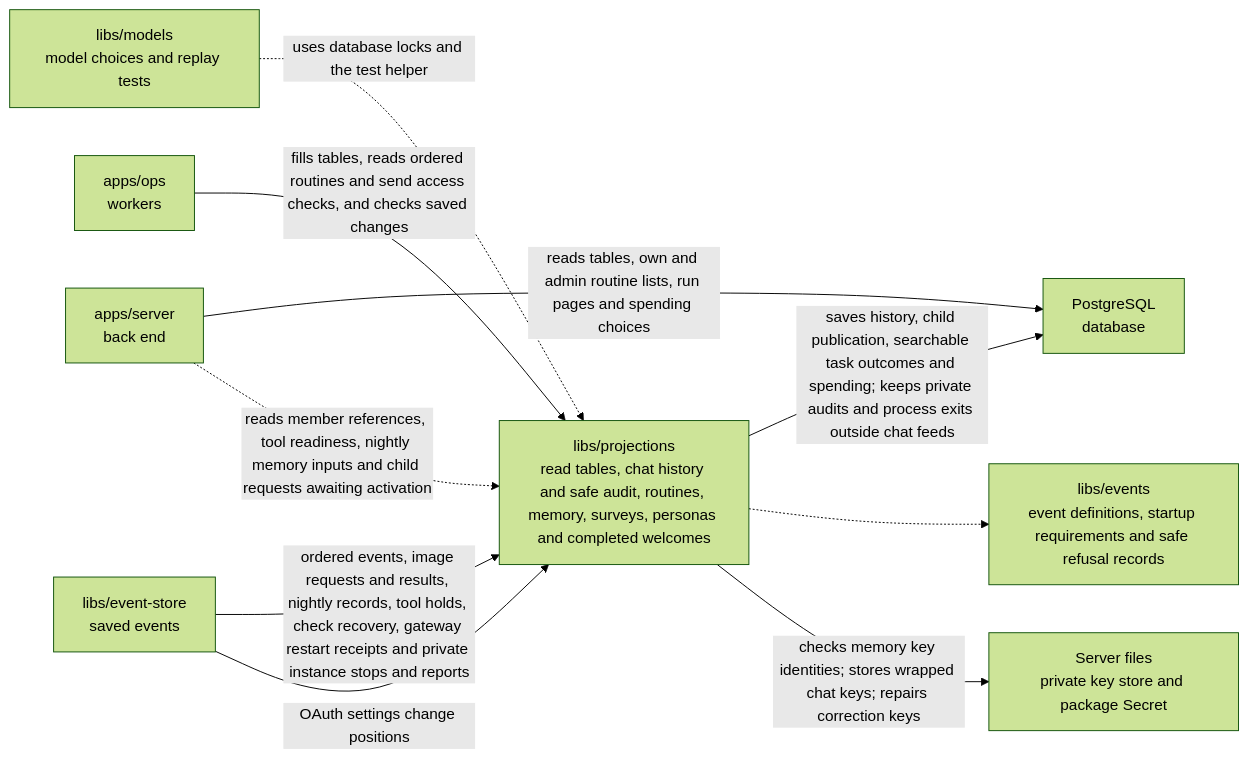
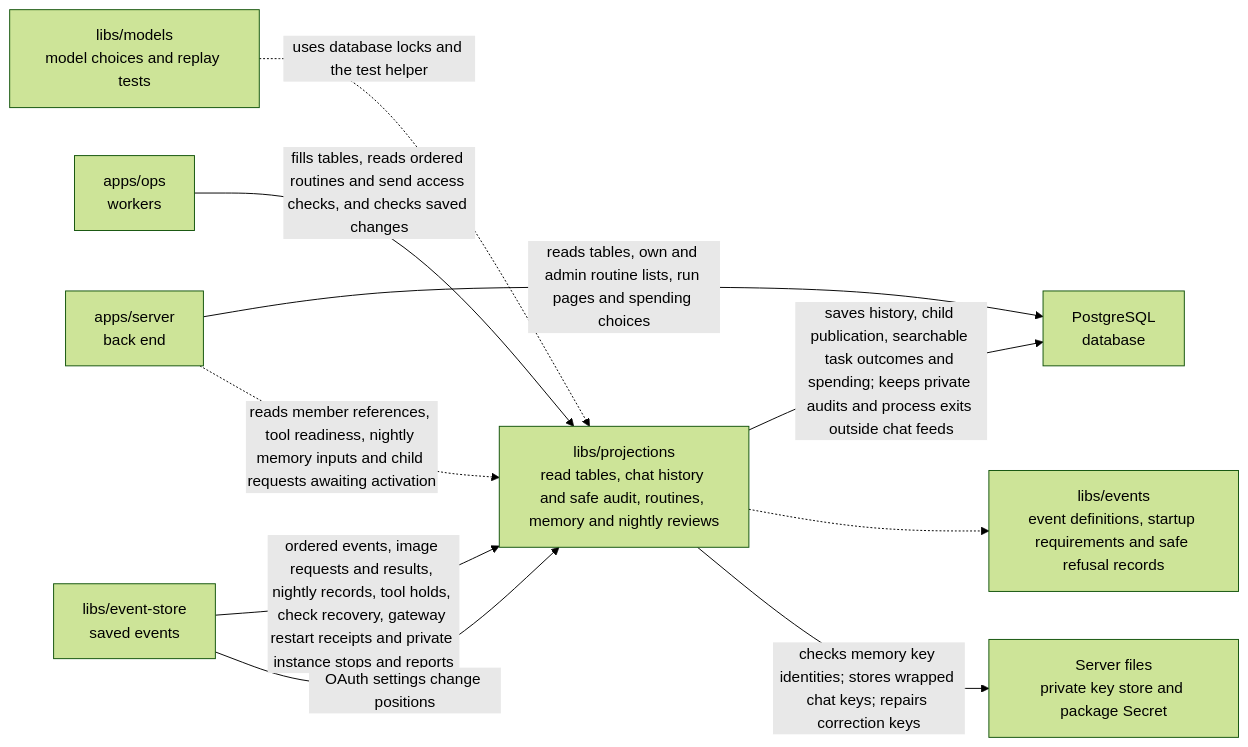
The diagram in libs/projections/README.md (elewa-git/opencrane-new), drawn with Mermaid (forest theme) before and after one commit. The commit also changed other lines of this file and 11 other files, not shown here.

First line of the commit message:
🌙 Owners can read a bounded, private trail of nightly memory maintenance with details (#1024)

````diff
--- a/libs/projections/README.md
+++ b/libs/projections/README.md
@@ -64,12 +68,12 @@
 ```mermaid
 flowchart LR
   models["libs/models<br/>model choices and replay tests"] -.->|uses database locks and the test helper| projections
-  ops["apps/ops<br/>workers"] -->|fills tables, reads ordered routines and send access checks, and checks saved changes| projections["libs/projections<br/>read tables, chat history and safe audit, routines, memory, surveys, personas and completed welcomes"]
+  ops["apps/ops<br/>workers"] -->|fills tables, reads ordered routines and send access checks, and checks saved changes| projections["libs/projections<br/>read tables, chat history and safe audit, routines, memory and nightly reviews"]
   server["apps/server<br/>back end"] -->|reads tables, own and admin routine lists, run pages and spending choices| pg["PostgreSQL<br/>database"]
   projections -->|saves history, child publication, searchable task outcomes and spending; keeps private audits and process exits outside chat feeds| pg
   store["libs/event-store<br/>saved events"] -->|ordered events, image requests and results, nightly records, tool holds, check recovery, gateway restart receipts and private instance stops and reports| projections
   server -.->|reads member references, tool readiness, nightly memory inputs and child requests awaiting activation| projections
   projections -.-> events["libs/events<br/>event definitions, startup requirements and safe refusal records"]
   projections -->|checks memory key identities; stores wrapped chat keys; repairs correction keys| keys["Server files<br/>private key store and package Secret"]
   store -->|OAuth settings change positions| projections
 ```
````
